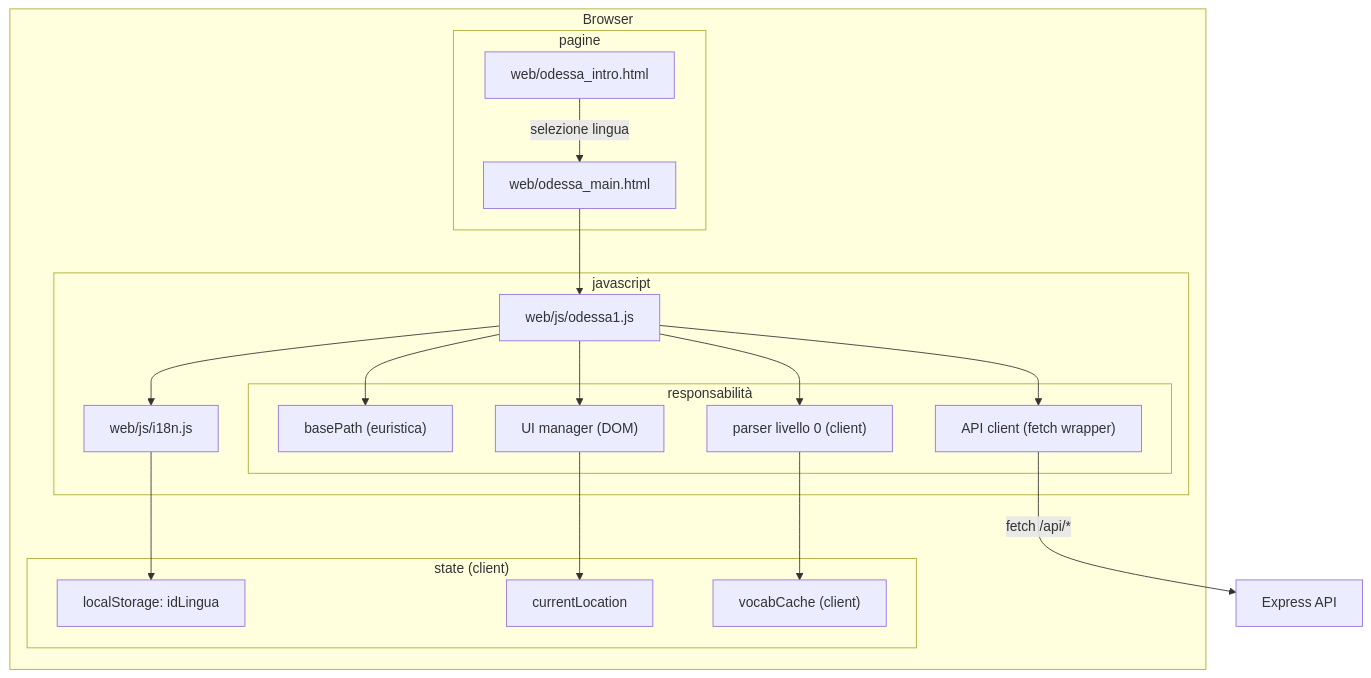
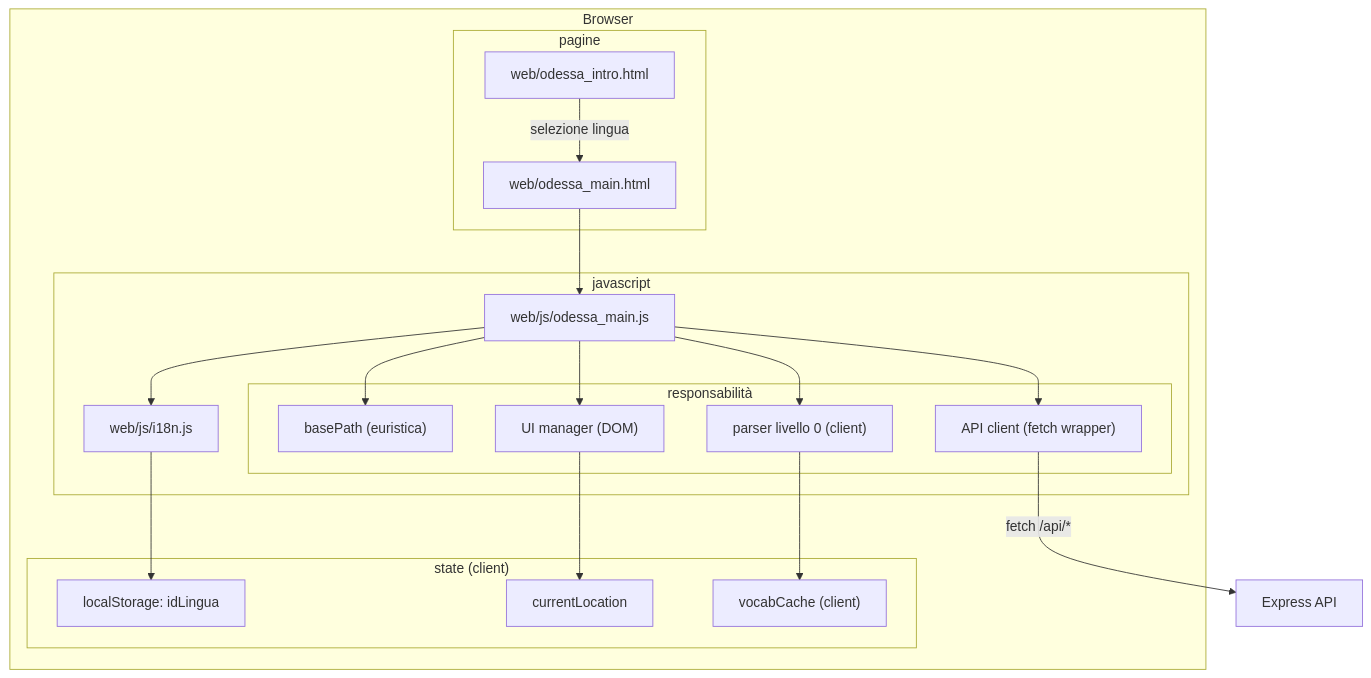
Before and after one commit to Aqualung61/MissioneOdessa: the seventh of 8 diagrams in docs/20260108_architettura_applicativa_01.md, drawn with Mermaid. The commit also changed other lines of this file and 18 other files, not shown here.

````diff
--- a/docs/20260108_architettura_applicativa_01.md
+++ b/docs/20260108_architettura_applicativa_01.md
@@ -431,38 +430,38 @@
 ```mermaid
 graph TB
   subgraph Browser["Browser"]
     subgraph Pages["pagine"]
       Intro["web/odessa_intro.html"]
       Main["web/odessa_main.html"]
     end
 
     subgraph JS["javascript"]
-      Core["web/js/odessa1.js"]
+      Core["web/js/odessa_main.js"]
       I18N["web/js/i18n.js"]
       subgraph CoreModules["responsabilità"]
         BasePath["basePath (euristica)"]
         Api["API client (fetch wrapper)"]
         UI["UI manager (DOM)"]
         L0["parser livello 0 (client)"]
       end
     end
 
     subgraph ClientState["state (client)"]
       Stored["localStorage: idLingua"]
       Current["currentLocation"]
       Vocab["vocabCache (client)"]
     end
   end
 
   Intro -->|"selezione lingua"| Main
   Main --> Core
   Core --> I18N
   Core --> BasePath
   Core --> Api
   Core --> UI
   Core --> L0
   I18N --> Stored
   UI --> Current
   L0 --> Vocab
   Api -->|"fetch /api/*"| Backend["Express API"]
 ```
````
